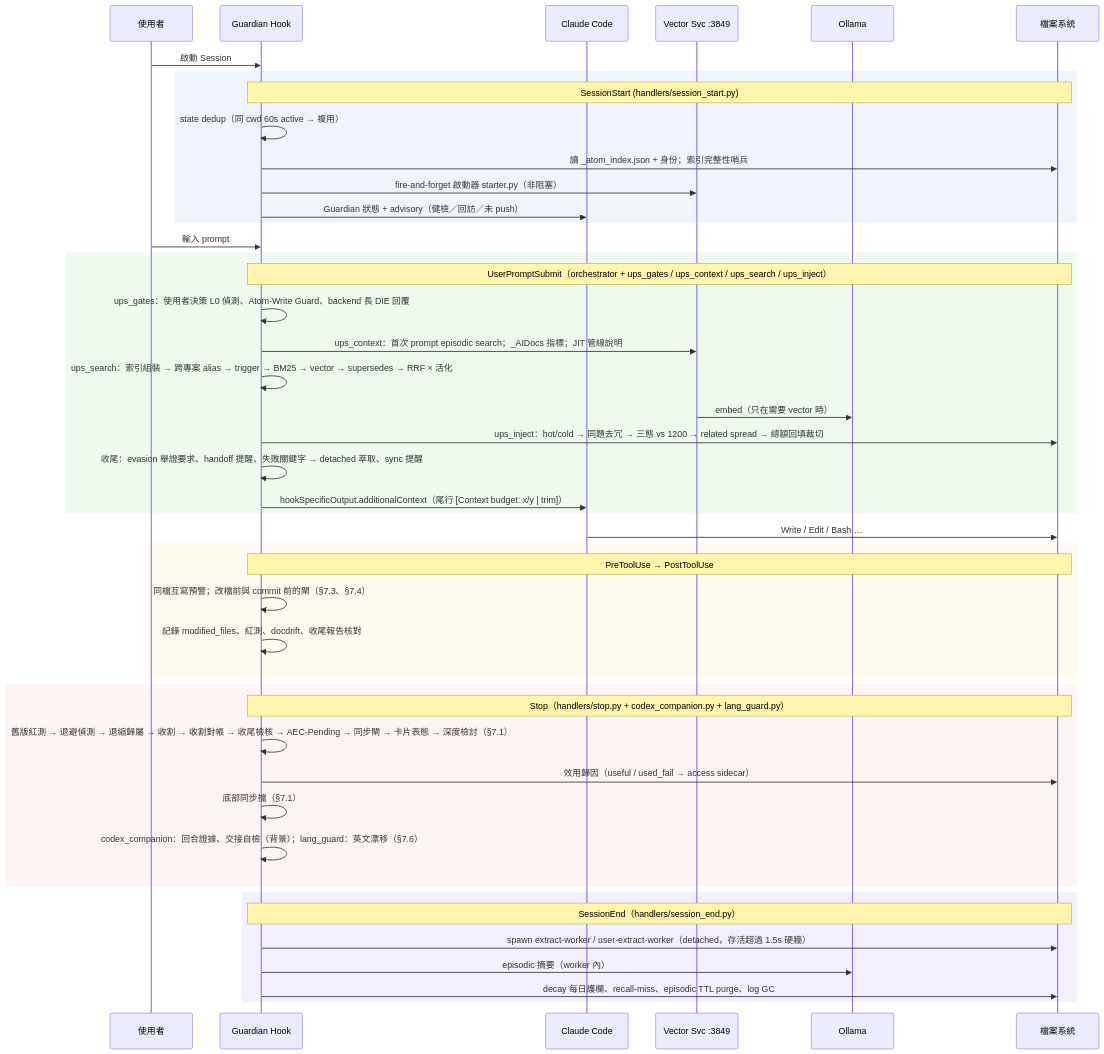
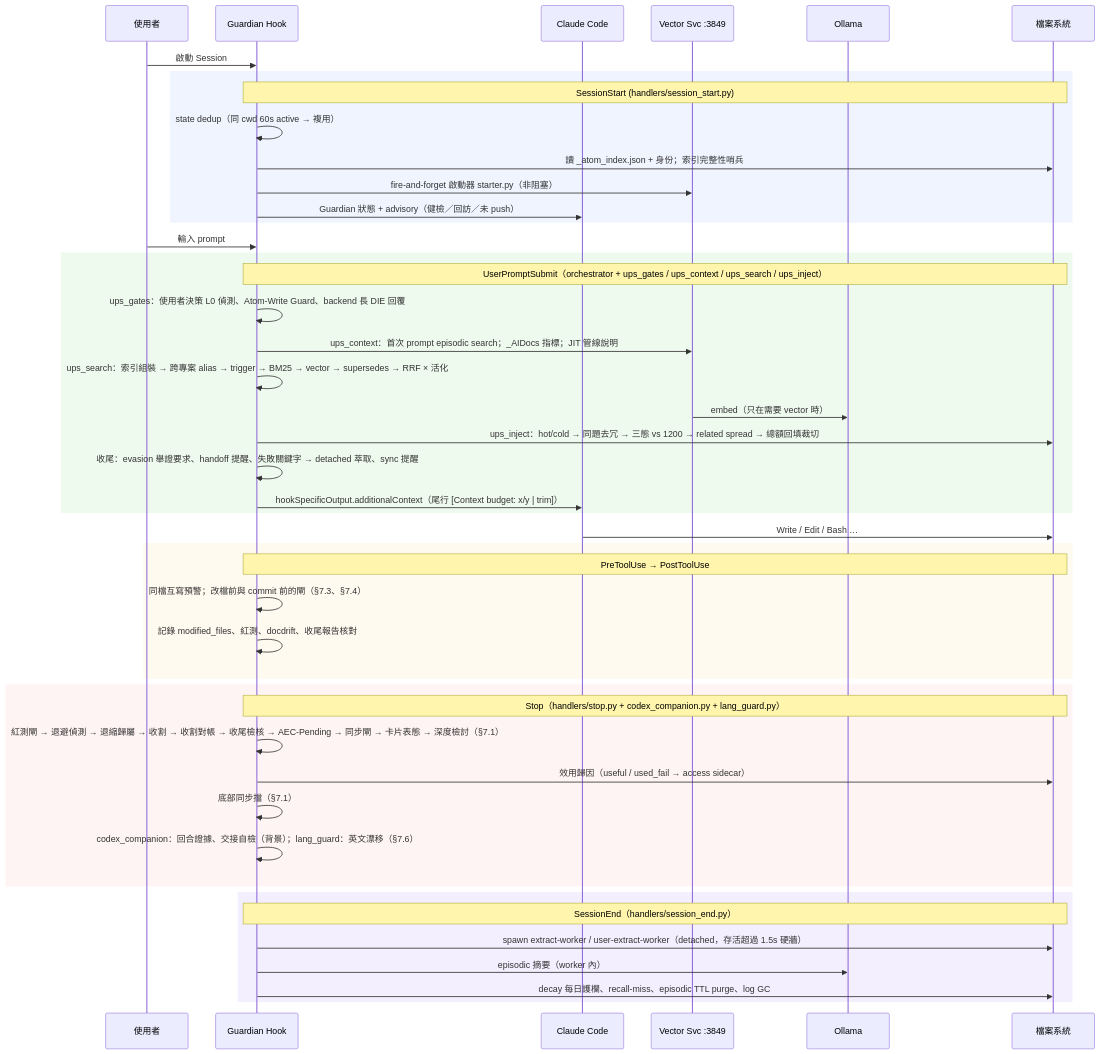
The first of 3 diagrams in TECH.md (holylight1979/AtomicMemory-ClaudeCode), drawn with Mermaid before and after one commit. The commit also changed other lines of this file and 7 other files, not shown here.

````diff
--- a/TECH.md
+++ b/TECH.md
@@ -391,52 +391,52 @@
 ```mermaid
 sequenceDiagram
     participant U as 使用者
     participant G as Guardian Hook
     participant C as Claude Code
     participant V as Vector Svc :3849
     participant O as Ollama
     participant F as 檔案系統
 
     U->>G: 啟動 Session
     rect rgba(100,150,255,0.1)
         note over G,F: SessionStart (handlers/session_start.py)
         G->>G: state dedup（同 cwd 60s active → 複用）
         G->>F: 讀 _atom_index.json + 身份；索引完整性哨兵
         G->>V: fire-and-forget 啟動器 starter.py（非阻塞）
         G->>C: Guardian 狀態 + advisory（健檢／回訪／未 push）
     end
 
     U->>G: 輸入 prompt
     rect rgba(100,200,100,0.1)
         note over G,F: UserPromptSubmit（orchestrator + ups_gates / ups_context / ups_search / ups_inject）
         G->>G: ups_gates：使用者決策 L0 偵測、Atom-Write Guard、backend 長 DIE 回覆
         G->>V: ups_context：首次 prompt episodic search；_AIDocs 指標；JIT 管線說明
         G->>G: ups_search：索引組裝 → 跨專案 alias → trigger → BM25 → vector → supersedes → RRF × 活化
         V->>O: embed（只在需要 vector 時）
         G->>F: ups_inject：hot/cold → 同題去冗 → 三態 vs 1200 → related spread → 總額回填裁切
         G->>G: 收尾：evasion 舉證要求、handoff 提醒、失敗關鍵字 → detached 萃取、sync 提醒
         G->>C: hookSpecificOutput.additionalContext（尾行 [Context budget: x/y | trim]）
     end
 
     C->>F: Write / Edit / Bash …
     rect rgba(255,200,100,0.1)
         note over G,F: PreToolUse → PostToolUse
         G->>G: 同檔互寫預警；改檔前與 commit 前的閘（§7.3、§7.4）
         G->>G: 記錄 modified_files、紅測、docdrift、收尾報告核對
     end
 
     rect rgba(255,150,150,0.1)
         note over G,F: Stop（handlers/stop.py + codex_companion.py + lang_guard.py）
-        G->>G: 舊版紅測 → 退避偵測 → 退縮歸屬 → 收割 → 收割對帳 → 收尾檢核 → AEC-Pending → 同步閘 → 卡片表態 → 深度檢討（§7.1）
+        G->>G: 紅測閘 → 退避偵測 → 退縮歸屬 → 收割 → 收割對帳 → 收尾檢核 → AEC-Pending → 同步閘 → 卡片表態 → 深度檢討（§7.1）
         G->>F: 效用歸因（useful / used_fail → access sidecar）
         G->>G: 底部同步擋（§7.1）
         G->>G: codex_companion：回合證據、交接自檢（背景）；lang_guard：英文漂移（§7.6）
     end
 
     rect rgba(150,100,255,0.1)
         note over G,F: SessionEnd（handlers/session_end.py）
         G->>F: spawn extract-worker / user-extract-worker（detached，存活超過 1.5s 硬牆）
         G->>O: episodic 摘要（worker 內）
         G->>F: decay 每日護欄、recall-miss、episodic TTL purge、log GC
     end
 ```
````
